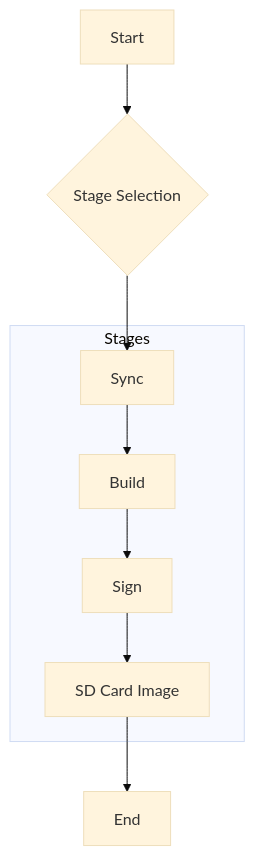
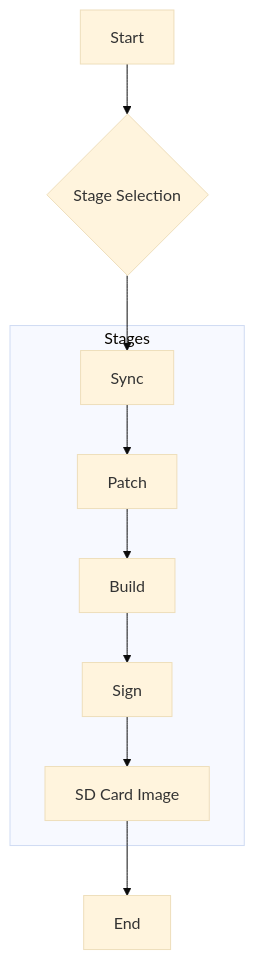
One commit to ganeshhalthota/meta-rpi5-secure-aosp changed the first of 3 diagrams in docs/architecture.md. Above: the diagram before and after it, drawn with Mermaid (base theme). The commit also changed other lines of this file and 34 other files, not shown here.

````diff
--- a/docs/architecture.md
+++ b/docs/architecture.md
@@ -19,16 +19,18 @@
 ```mermaid
 graph TD
     A[Start] --> B{Stage Selection};
     B --> C[Sync];
-    C --> D[Build];
-    D --> E[Sign];
-    E --> F[SD Card Image];
-    F --> G[End];
+    C --> D[Patch];
+    D --> E[Build];
+    E --> F[Sign];
+    F --> G[SD Card Image];
+    G --> H[End];
 
     subgraph "Stages"
         C
         D
         E
         F
+        G
     end
 ```
````
